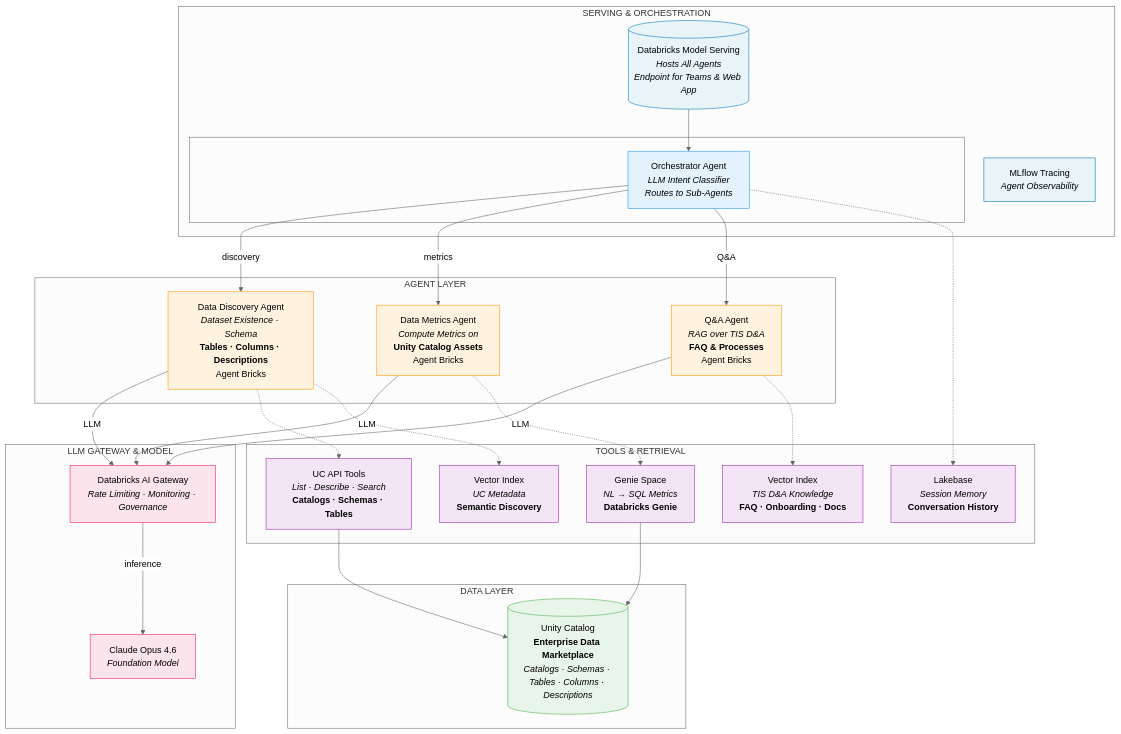
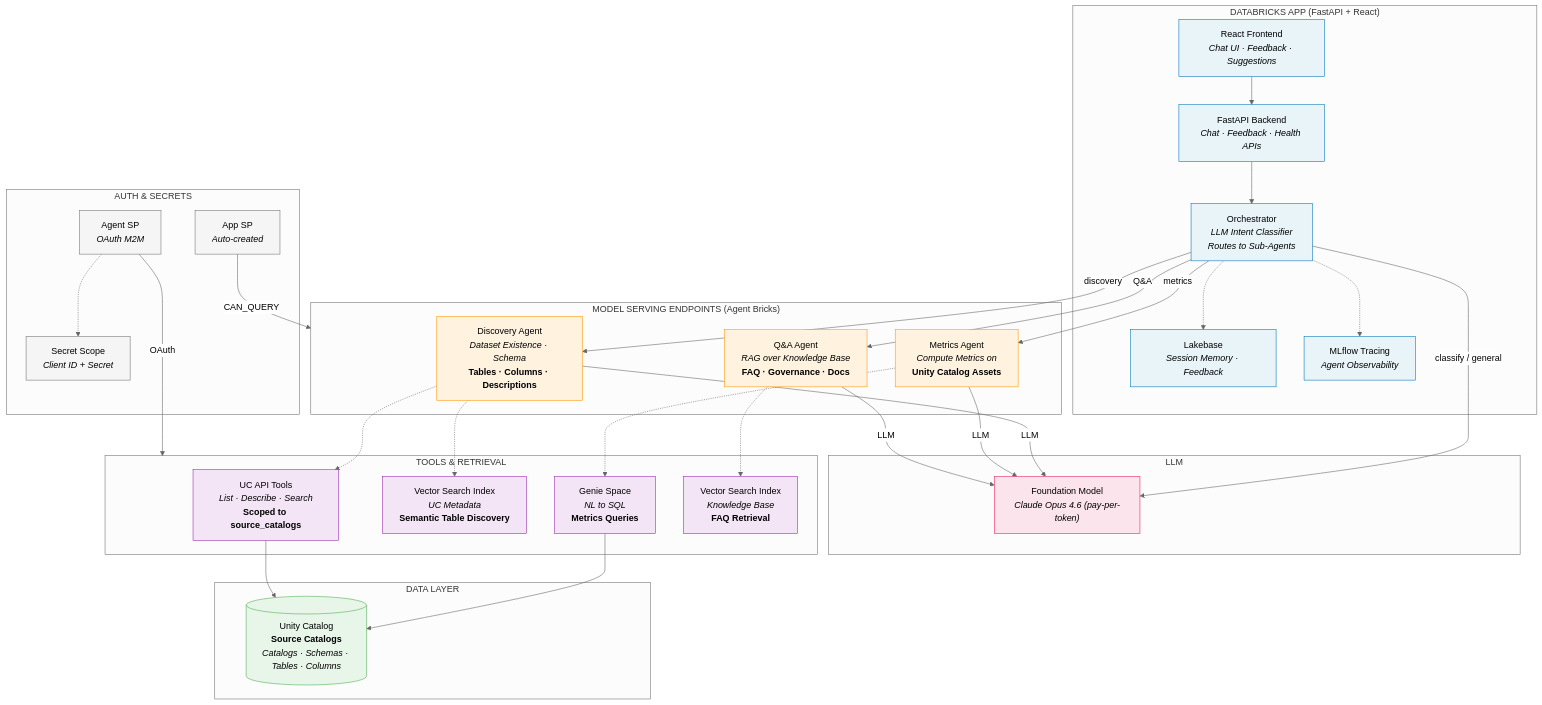
One commit to guanjieshen/uc-data-advisor changed the diagram in docs/architecture.md. Above: the diagram before and after it, drawn with Mermaid (neutral theme). The commit also changed other lines of this file and 2 other files, not shown here.

First line of the commit message:
Update all docs to reflect current architecture

````diff
--- a/docs/architecture.md
+++ b/docs/architecture.md
@@ -9,73 +9,75 @@
 ```mermaid
 flowchart TB
-    subgraph SERVING["SERVING & ORCHESTRATION"]
-        MS[("Databricks Model Serving<br/><i>Hosts All Agents</i><br/><i>Endpoint for Teams & Web App</i>")]
+    subgraph APP["DATABRICKS APP (FastAPI + React)"]
+        FE["React Frontend<br/><i>Chat UI · Feedback · Suggestions</i>"]
+        API["FastAPI Backend<br/><i>Chat · Feedback · Health APIs</i>"]
+        ORCH["Orchestrator<br/><i>LLM Intent Classifier</i><br/><i>Routes to Sub-Agents</i>"]
+        LB["Lakebase<br/><i>Session Memory · Feedback</i>"]
         MLF["MLflow Tracing<br/><i>Agent Observability</i>"]
-
-        MS --> ORCH
-
-        subgraph ORCH_BOX[" "]
-            ORCH["Orchestrator Agent<br/><i>LLM Intent Classifier</i><br/><i>Routes to Sub-Agents</i>"]
-        end
+        FE --> API --> ORCH
+        ORCH -.-> LB
+        ORCH -.-> MLF
     end
 
-    subgraph AGENTS["AGENT LAYER"]
-        DA["Data Discovery Agent<br/><i>Dataset Existence · Schema</i><br/><b>Tables · Columns · Descriptions</b><br/>Agent Bricks"]
-        DM["Data Metrics Agent<br/><i>Compute Metrics on</i><br/><b>Unity Catalog Assets</b><br/>Agent Bricks"]
-        QA["Q&A Agent<br/><i>RAG over TIS D&A</i><br/><b>FAQ & Processes</b><br/>Agent Bricks"]
+    subgraph SERVING["MODEL SERVING ENDPOINTS (Agent Bricks)"]
+        DA["Discovery Agent<br/><i>Dataset Existence · Schema</i><br/><b>Tables · Columns · Descriptions</b>"]
+        DM["Metrics Agent<br/><i>Compute Metrics on</i><br/><b>Unity Catalog Assets</b>"]
+        QA["Q&A Agent<br/><i>RAG over Knowledge Base</i><br/><b>FAQ · Governance · Docs</b>"]
     end
 
-    subgraph LLM["LLM GATEWAY & MODEL"]
-        GW["Databricks AI Gateway<br/><i>Rate Limiting · Monitoring · Governance</i>"]
-        CLAUDE["Claude Opus 4.6<br/><i>Foundation Model</i>"]
-        GW -->|inference| CLAUDE
+    subgraph LLM["LLM"]
+        CLAUDE["Foundation Model<br/><i>Claude Opus 4.6 (pay-per-token)</i>"]
     end
 
     subgraph TOOLS["TOOLS & RETRIEVAL"]
-        UC_API["UC API Tools<br/><i>List · Describe · Search</i><br/><b>Catalogs · Schemas · Tables</b>"]
-        VS1["Vector Index<br/><i>UC Metadata</i><br/><b>Semantic Discovery</b>"]
-        GENIE["Genie Space<br/><i>NL → SQL Metrics</i><br/><b>Databricks Genie</b>"]
-        LB["Lakebase<br/><i>Session Memory</i><br/><b>Conversation History</b>"]
-        VS2["Vector Index<br/><i>TIS D&A Knowledge</i><br/><b>FAQ · Onboarding · Docs</b>"]
+        UC_API["UC API Tools<br/><i>List · Describe · Search</i><br/><b>Scoped to source_catalogs</b>"]
+        VS1["Vector Search Index<br/><i>UC Metadata</i><br/><b>Semantic Table Discovery</b>"]
+        GENIE["Genie Space<br/><i>NL to SQL</i><br/><b>Metrics Queries</b>"]
+        VS2["Vector Search Index<br/><i>Knowledge Base</i><br/><b>FAQ Retrieval</b>"]
     end
 
     subgraph DATA["DATA LAYER"]
-        UCat[("Unity Catalog<br/><b>Enterprise Data Marketplace</b><br/><i>Catalogs · Schemas · Tables · Columns · Descriptions</i>")]
+        UCat[("Unity Catalog<br/><b>Source Catalogs</b><br/><i>Catalogs · Schemas · Tables · Columns</i>")]
     end
 
-    %% Orchestrator to Agents
+    subgraph AUTH["AUTH & SECRETS"]
+        SP_APP["App SP<br/><i>Auto-created</i>"]
+        SP_AGENT["Agent SP<br/><i>OAuth M2M</i>"]
+        SCOPE["Secret Scope<br/><i>Client ID + Secret</i>"]
+        SP_AGENT -.-> SCOPE
+    end
+
     ORCH -->|discovery| DA
     ORCH -->|metrics| DM
     ORCH -->|Q&A| QA
+    ORCH -->|classify / general| CLAUDE
 
-    %% Agents to LLM
-    DA -->|LLM| GW
-    DM -->|LLM| GW
-    QA -->|LLM| GW
+    DA -->|LLM| CLAUDE
+    DM -->|LLM| CLAUDE
+    QA -->|LLM| CLAUDE
 
-    %% Agent to Tools mappings
     DA -.-> UC_API
     DA -.-> VS1
     DM -.-> GENIE
-    ORCH -.-> LB
     QA -.-> VS2
 
-    %% Tools to Data
     GENIE --> UCat
     UC_API --> UCat
 
-    %% Styling
-    classDef serving fill:#e8f4f8,stroke:#0077b6
-    classDef agent fill:#fff3e0,stroke:#ff9800
+    SP_APP -->|CAN_QUERY| SERVING
+    SP_AGENT -->|OAuth| TOOLS
+
+    classDef app fill:#e8f4f8,stroke:#0077b6
+    classDef serving fill:#fff3e0,stroke:#ff9800
     classDef llm fill:#fce4ec,stroke:#e91e63
     classDef tools fill:#f3e5f5,stroke:#9c27b0
     classDef data fill:#e8f5e9,stroke:#4caf50
-    classDef orchestrator fill:#e3f2fd,stroke:#2196f3
+    classDef auth fill:#f5f5f5,stroke:#757575
 
-    class MS,MLF serving
-    class DA,DM,QA agent
-    class GW,CLAUDE llm
-    class UC_API,VS1,GENIE,LB,VS2 tools
+    class FE,API,ORCH,LB,MLF app
+    class DA,DM,QA serving
+    class CLAUDE llm
+    class UC_API,VS1,GENIE,VS2 tools
     class UCat data
-    class ORCH orchestrator
+    class SP_APP,SP_AGENT,SCOPE auth
 ```
````
